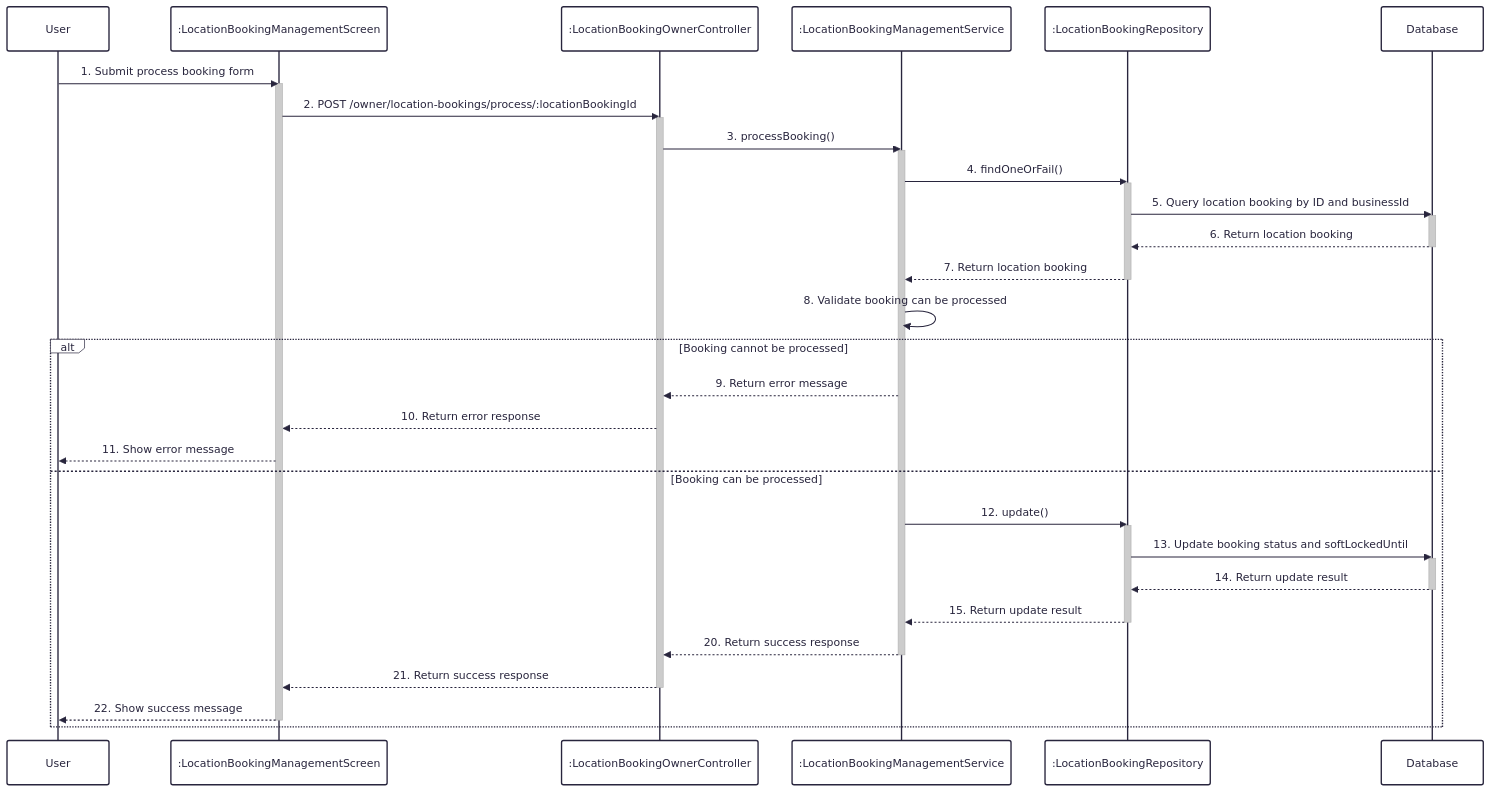
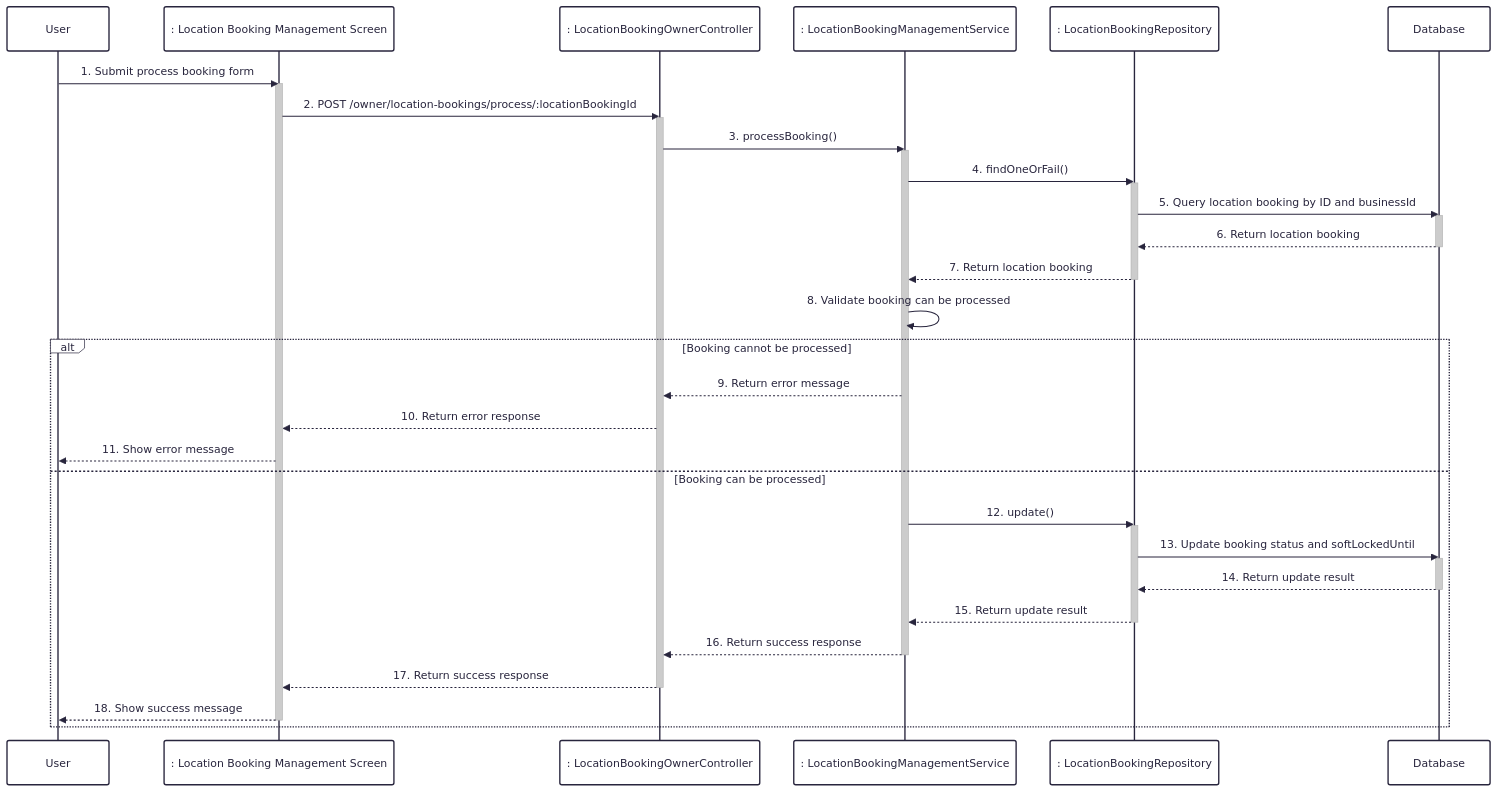
One commit to UrbanLens-2025/urban-lens_server changed the diagram in docs/sequence/8-process-location-booking.md. Above: the diagram before and after it, drawn with Mermaid. The commit also changed 29 other files, not shown here.

````diff
--- a/docs/sequence/8-process-location-booking.md
+++ b/docs/sequence/8-process-location-booking.md
@@ -1,50 +1,50 @@
 ```mermaid
 ---
 config:
   theme: redux
   look: classic
 ---
 sequenceDiagram
     participant User
-    participant LocationBookingManagementScreen as :LocationBookingManagementScreen
-    participant LocationBookingOwnerController as :LocationBookingOwnerController
-    participant LocationBookingManagementService as :LocationBookingManagementService
-    participant LocationBookingRepository as :LocationBookingRepository
+    participant LocationBookingManagementScreen as : Location Booking Management Screen
+    participant LocationBookingOwnerController as : LocationBookingOwnerController
+    participant LocationBookingManagementService as : LocationBookingManagementService
+    participant LocationBookingRepository as : LocationBookingRepository
     participant Database
 
     User->>LocationBookingManagementScreen: 1. Submit process booking form
     activate LocationBookingManagementScreen
     LocationBookingManagementScreen->>LocationBookingOwnerController: 2. POST /owner/location-bookings/process/:locationBookingId
     activate LocationBookingOwnerController
     LocationBookingOwnerController->>LocationBookingManagementService: 3. processBooking()
     activate LocationBookingManagementService
     LocationBookingManagementService->>LocationBookingRepository: 4. findOneOrFail()
     activate LocationBookingRepository
     LocationBookingRepository->>Database: 5. Query location booking by ID and businessId
     activate Database
     Database-->>LocationBookingRepository: 6. Return location booking
     deactivate Database
     LocationBookingRepository-->>LocationBookingManagementService: 7. Return location booking
     deactivate LocationBookingRepository
     LocationBookingManagementService->>LocationBookingManagementService: 8. Validate booking can be processed
     alt Booking cannot be processed
         LocationBookingManagementService-->>LocationBookingOwnerController: 9. Return error message
         LocationBookingOwnerController-->>LocationBookingManagementScreen: 10. Return error response
         LocationBookingManagementScreen-->>User: 11. Show error message
     else Booking can be processed
         LocationBookingManagementService->>LocationBookingRepository: 12. update()
         activate LocationBookingRepository
         LocationBookingRepository->>Database: 13. Update booking status and softLockedUntil
         activate Database
         Database-->>LocationBookingRepository: 14. Return update result
         deactivate Database
         LocationBookingRepository-->>LocationBookingManagementService: 15. Return update result
         deactivate LocationBookingRepository
-        LocationBookingManagementService-->>LocationBookingOwnerController: 20. Return success response
+        LocationBookingManagementService-->>LocationBookingOwnerController: 16. Return success response
         deactivate LocationBookingManagementService
-        LocationBookingOwnerController-->>LocationBookingManagementScreen: 21. Return success response
+        LocationBookingOwnerController-->>LocationBookingManagementScreen: 17. Return success response
         deactivate LocationBookingOwnerController
-        LocationBookingManagementScreen-->>User: 22. Show success message
+        LocationBookingManagementScreen-->>User: 18. Show success message
         deactivate LocationBookingManagementScreen
     end
 ```
````
